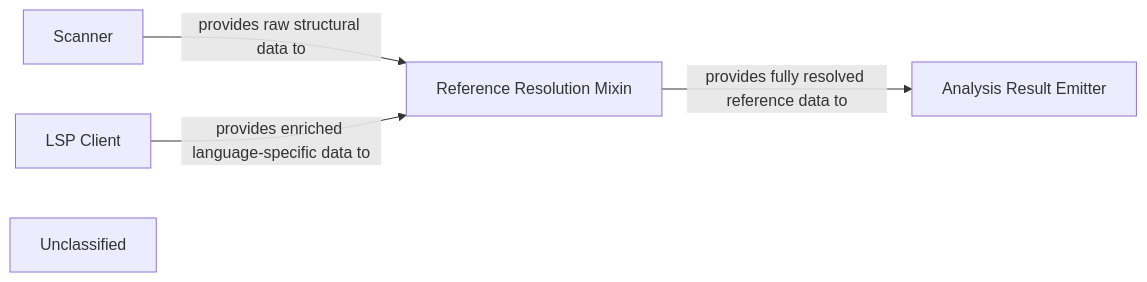
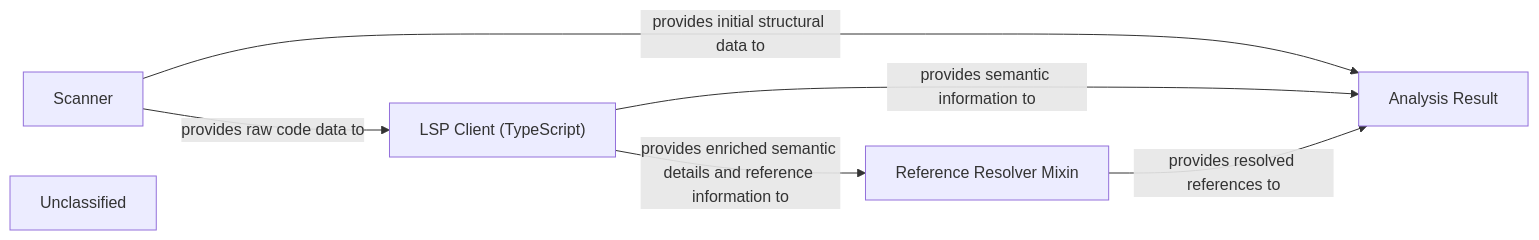
The diagram in .codeboarding/Static_Analysis_Engine.md (mariyam866/CodeBoarding), drawn with Mermaid before and after one commit. The commit also changed other lines of this file and 15 other files, not shown here.

First line of the commit message:
docs: update codeboarding documentation and generate architecture

````diff
--- a/.codeboarding/Static_Analysis_Engine.md
+++ b/.codeboarding/Static_Analysis_Engine.md
@@ -1,11 +1,13 @@
 ```mermaid
 graph LR
     Scanner["Scanner"]
-    LSP_Client["LSP Client"]
-    Reference_Resolution_Mixin["Reference Resolution Mixin"]
-    Analysis_Result_Emitter["Analysis Result Emitter"]
+    LSP_Client_TypeScript_["LSP Client (TypeScript)"]
+    Reference_Resolver_Mixin["Reference Resolver Mixin"]
+    Analysis_Result["Analysis Result"]
     Unclassified["Unclassified"]
-    Scanner -- "provides raw structural data to" --> Reference_Resolution_Mixin
-    LSP_Client -- "provides enriched language-specific data to" --> Reference_Resolution_Mixin
-    Reference_Resolution_Mixin -- "provides fully resolved reference data to" --> Analysis_Result_Emitter
+    Scanner -- "provides raw code data to" --> LSP_Client_TypeScript_
+    Scanner -- "provides initial structural data to" --> Analysis_Result
+    LSP_Client_TypeScript_ -- "provides enriched semantic details and reference information to" --> Reference_Resolver_Mixin
+    LSP_Client_TypeScript_ -- "provides semantic information to" --> Analysis_Result
+    Reference_Resolver_Mixin -- "provides resolved references to" --> Analysis_Result
 ```
````
